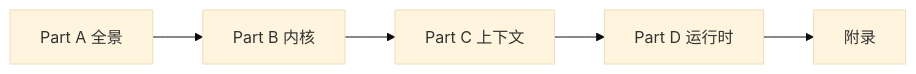
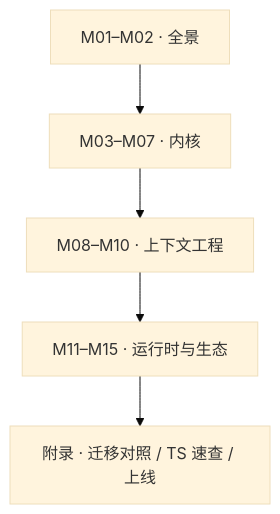
One commit to Daniel-csvw/pi-agent-book changed the diagram in README.md. Above: the diagram before and after it, drawn with Mermaid (base theme). The commit also changed other lines of this file, not shown here.

Commit message:
更新：2026/11/4 09:37:17 重新构建（18 章）

````diff
--- a/README.md
+++ b/README.md
@@ -126,4 +126,7 @@
 ```mermaid
-flowchart LR
-    A["Part A 全景"] --> B["Part B 内核"] --> C["Part C 上下文"] --> D["Part D 运行时"] --> E["附录"]
+flowchart TB
+    A["M01–M02 · 全景"] --> B["M03–M07 · 内核"]
+    B --> C["M08–M10 · 上下文工程"]
+    C --> D["M11–M15 · 运行时与生态"]
+    D --> E["附录 · 迁移对照 / TS 速查 / 上线"]
 ```
````
